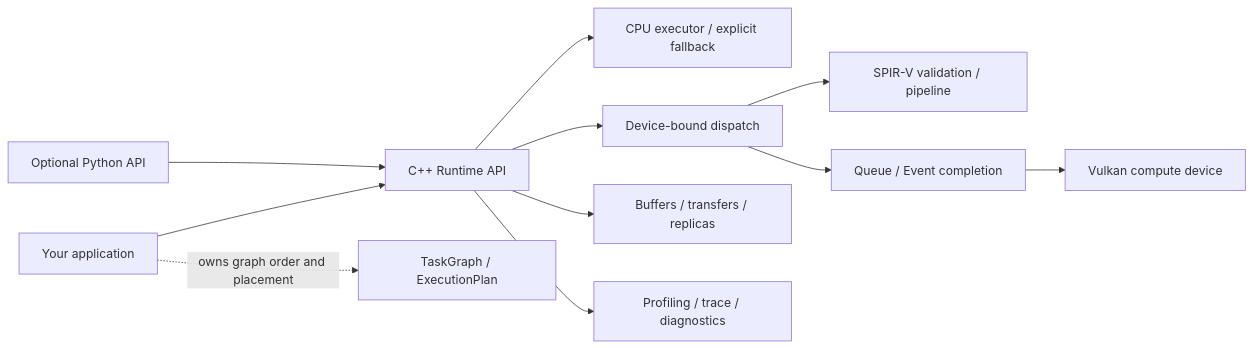
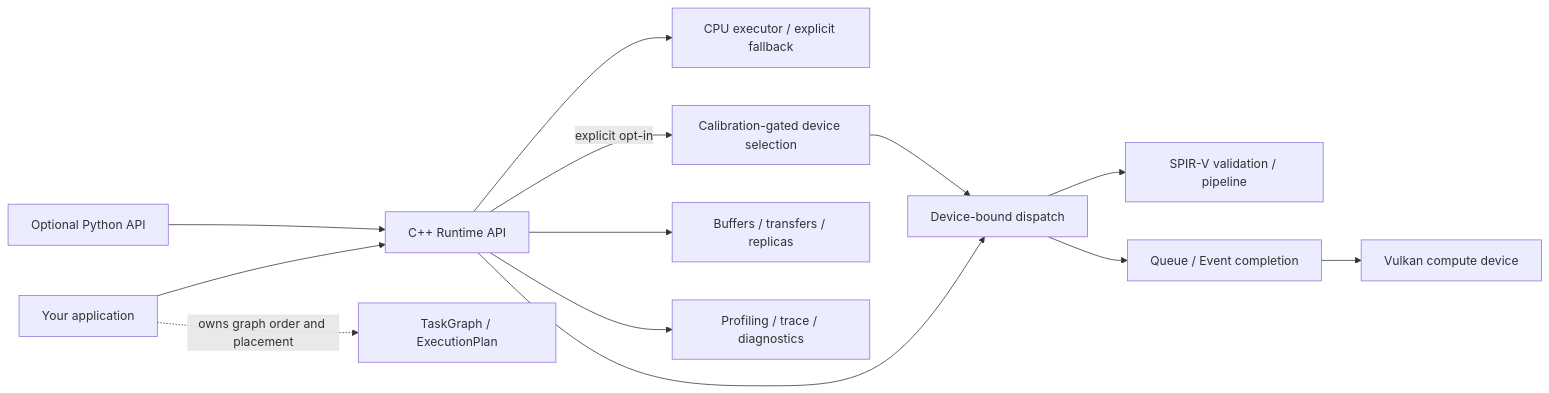
Before and after one commit to varunkarthic/kora: the first of 2 diagrams in README.md, drawn with Mermaid. The commit also changed other lines of this file and 13 other files, not shown here.

````diff
--- a/README.md
+++ b/README.md
@@ -36,13 +38,15 @@
 ```mermaid
 flowchart LR
   APP["Your application"] --> API["C++ Runtime API"]
   PY["Optional Python API"] --> API
   APP -. "owns graph order and placement" .-> GRAPH["TaskGraph / ExecutionPlan"]
   API --> CPU["CPU executor / explicit fallback"]
   API --> DISPATCH["Device-bound dispatch"]
+  API -->|"explicit opt-in"| ADAPT["Calibration-gated device selection"]
+  ADAPT --> DISPATCH
   DISPATCH --> PIPE["SPIR-V validation / pipeline"]
   DISPATCH --> QUEUE["Queue / Event completion"]
   QUEUE --> GPU["Vulkan compute device"]
   API --> MEMORY["Buffers / transfers / replicas"]
   API --> OBS["Profiling / trace / diagnostics"]
 ```
````
